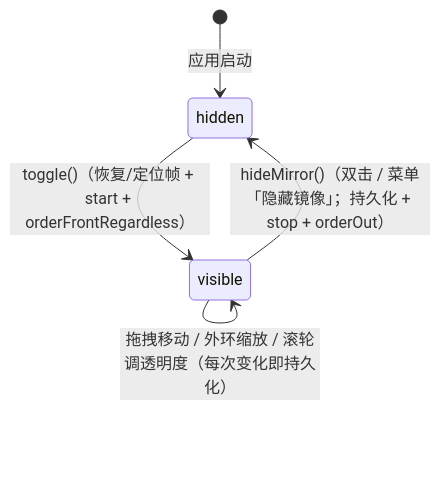
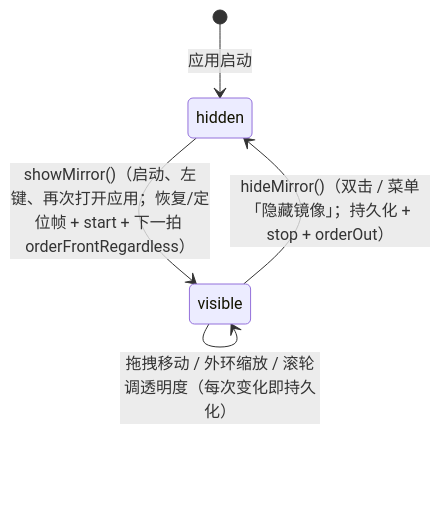
Before and after one commit to x0c/Mirror: the second of 3 diagrams in docs/MIRROR_WINDOW_KNOWLEDGE_BASE.md, drawn with Mermaid. The commit also changed other lines of this file and 8 other files, not shown here.

````diff
--- a/docs/MIRROR_WINDOW_KNOWLEDGE_BASE.md
+++ b/docs/MIRROR_WINDOW_KNOWLEDGE_BASE.md
@@ -64,7 +64,7 @@
 ```mermaid
 stateDiagram-v2
     [*] --> hidden: 应用启动
-    hidden --> visible: toggle()（恢复/定位帧 + start + orderFrontRegardless）
+    hidden --> visible: showMirror()（启动、左键、再次打开应用；恢复/定位帧 + start + 下一拍 orderFrontRegardless）
     visible --> hidden: hideMirror()（双击 / 菜单「隐藏镜像」；持久化 + stop + orderOut）
     visible --> visible: 拖拽移动 / 外环缩放 / 滚轮调透明度（每次变化即持久化）
 ```
````
